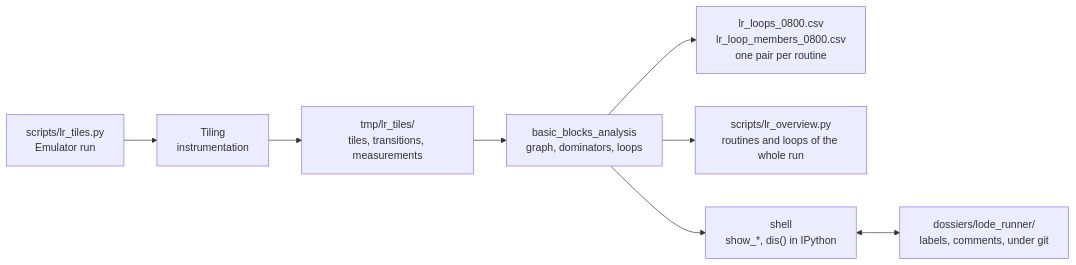
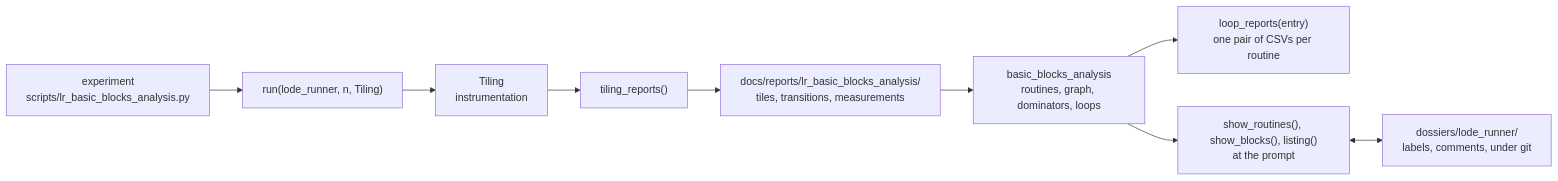
Before and after one commit to fschuhi/papple2: the fourth of 4 diagrams in README.md, drawn with Mermaid. The commit also changed other lines of this file and 2 other files, not shown here.

````diff
--- a/README.md
+++ b/README.md
@@ -163,10 +168,11 @@
 ```mermaid
 graph LR
-    RUN["scripts/lr_tiles.py<br/>Emulator run"] --> TILING["Tiling<br/>instrumentation"]
-    TILING --> REPORTS["tmp/lr_tiles/<br/>tiles, transitions, measurements"]
-    REPORTS --> BBA["basic_blocks_analysis<br/>graph, dominators, loops"]
-    BBA --> LOOPS["lr_loops_0800.csv<br/>lr_loop_members_0800.csv<br/>one pair per routine"]
-    BBA --> OVERVIEW["scripts/lr_overview.py<br/>routines and loops of the whole run"]
-    BBA --> SHELL["shell<br/>show_*, dis() in IPython"]
+    EXP["experiment<br/>scripts/lr_basic_blocks_analysis.py"] --> RUN["run(lode_runner, n, Tiling)"]
+    RUN --> TILING["Tiling<br/>instrumentation"]
+    TILING --> TREP["tiling_reports()"]
+    TREP --> REPORTS["docs/reports/lr_basic_blocks_analysis/<br/>tiles, transitions, measurements"]
+    REPORTS --> BBA["basic_blocks_analysis<br/>routines, graph, dominators, loops"]
+    BBA --> LOOPS["loop_reports(entry)<br/>one pair of CSVs per routine"]
+    BBA --> SHELL["show_routines(), show_blocks(), listing()<br/>at the prompt"]
     SHELL <--> DOSSIER["dossiers/lode_runner/<br/>labels, comments, under git"]
 ```
````
